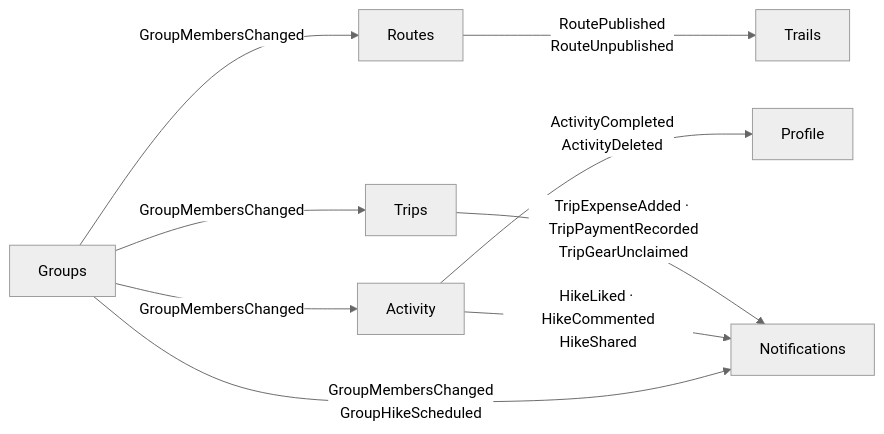
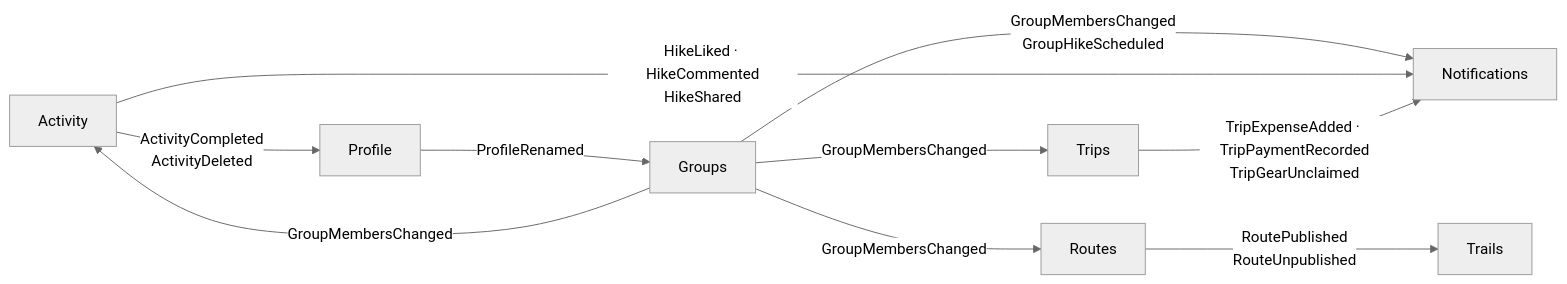
The fourth of 4 diagrams in README.md (RokasKam/TrailHub), drawn with Mermaid (neutral theme) before and after one commit. The commit also changed other lines of this file and 32 other files, not shown here.

````diff
--- a/README.md
+++ b/README.md
@@ -185,11 +185,12 @@
 ```mermaid
 flowchart LR
     activity["Activity"] -- "ActivityCompleted<br/>ActivityDeleted" --> profile["Profile"]
-    groups["Groups"] -- "GroupMembersChanged" --> trips["Trips"]
+    profile -- "ProfileRenamed" --> groups["Groups"]
+    groups -- "GroupMembersChanged" --> trips["Trips"]
     groups -- "GroupMembersChanged" --> routes["Routes"]
     groups -- "GroupMembersChanged" --> activity
     groups -- "GroupMembersChanged<br/>GroupHikeScheduled" --> notifications["Notifications"]
     activity -- "HikeLiked · HikeCommented<br/>HikeShared" --> notifications
     trips -- "TripExpenseAdded · TripPaymentRecorded<br/>TripGearUnclaimed" --> notifications
     routes -- "RoutePublished<br/>RouteUnpublished" --> trails["Trails"]
 ```
````
